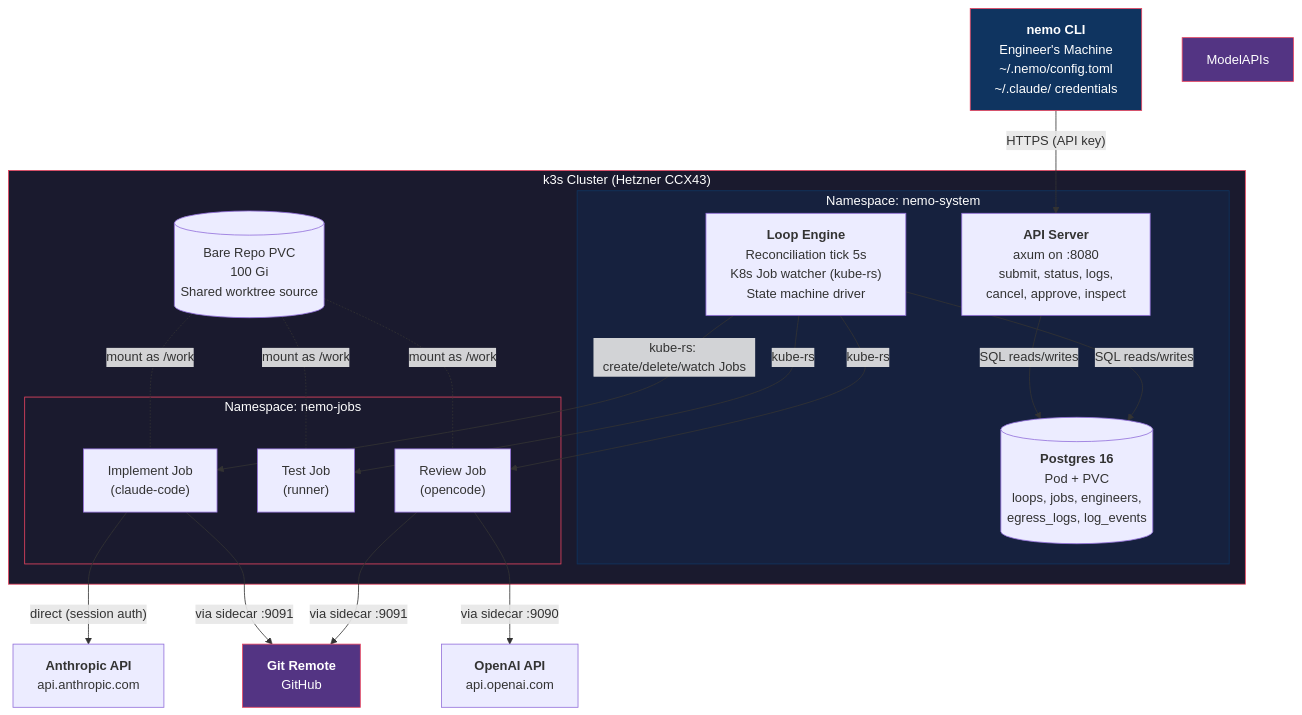
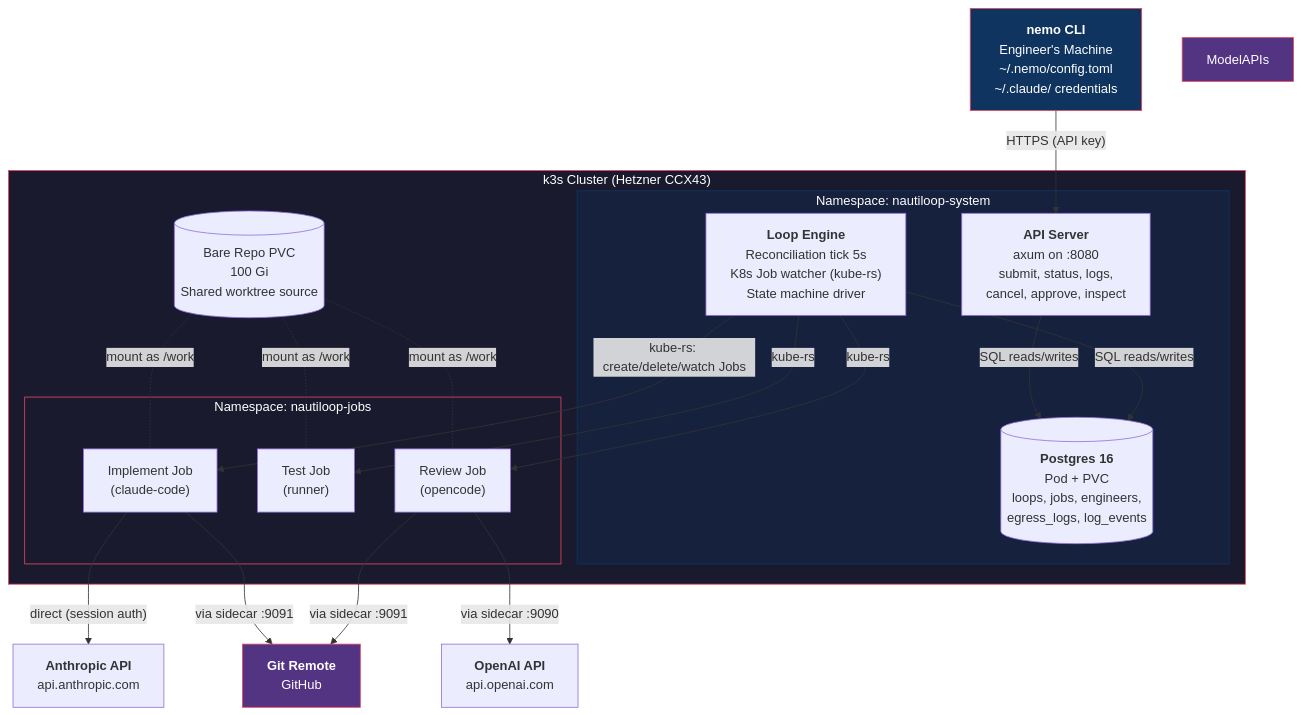
The first of 12 diagrams in docs/architecture-diagrams.md (tinkrtailor/nemo), drawn with Mermaid before and after one commit. The commit also changed other lines of this file and 57 other files, not shown here.

First line of the commit message:
refactor: rebrand nemo → nautiloop (#30)

````diff
--- a/docs/architecture-diagrams.md
+++ b/docs/architecture-diagrams.md
@@ -11,44 +11,44 @@
 ```mermaid
 graph TD
     CLI["<b>nemo CLI</b><br/>Engineer's Machine<br/>~/.nemo/config.toml<br/>~/.claude/ credentials"]
 
     CLI -->|"HTTPS (API key)"| API
 
     subgraph k3s["k3s Cluster (Hetzner CCX43)"]
 
-        subgraph nemo-system["Namespace: nemo-system"]
+        subgraph nautiloop-system["Namespace: nautiloop-system"]
             API["<b>API Server</b><br/>axum on :8080<br/>submit, status, logs,<br/>cancel, approve, inspect"]
             PG[("<b>Postgres 16</b><br/>Pod + PVC<br/>loops, jobs, engineers,<br/>egress_logs, log_events")]
             LE["<b>Loop Engine</b><br/>Reconciliation tick 5s<br/>K8s Job watcher (kube-rs)<br/>State machine driver"]
         end
 
-        subgraph nemo-jobs["Namespace: nemo-jobs"]
+        subgraph nautiloop-jobs["Namespace: nautiloop-jobs"]
             J1["Implement Job<br/>(claude-code)"]
             J2["Test Job<br/>(runner)"]
             J3["Review Job<br/>(opencode)"]
         end
 
         BareRepo[("Bare Repo PVC<br/>100 Gi<br/>Shared worktree source")]
     end
 
     API -->|"SQL reads/writes"| PG
     LE -->|"SQL reads/writes"| PG
     LE -->|"kube-rs: create/delete/watch Jobs"| J1
     LE -->|"kube-rs"| J2
     LE -->|"kube-rs"| J3
     BareRepo -.-|"mount as /work"| J1
     BareRepo -.-|"mount as /work"| J2
     BareRepo -.-|"mount as /work"| J3
 
     J1 -->|"direct (session auth)"| Anthropic3["<b>Anthropic API</b><br/>api.anthropic.com"]
     J3 -->|"via sidecar :9090"| OpenAIAPI["<b>OpenAI API</b><br/>api.openai.com"]
     J1 -->|"via sidecar :9091"| Git["<b>Git Remote</b><br/>GitHub"]
     J3 -->|"via sidecar :9091"| Git
 
     style k3s fill:#1a1a2e,stroke:#e94560,color:#fff
-    style nemo-system fill:#16213e,stroke:#0f3460,color:#fff
-    style nemo-jobs fill:#1a1a2e,stroke:#e94560,color:#fff
+    style nautiloop-system fill:#16213e,stroke:#0f3460,color:#fff
+    style nautiloop-jobs fill:#1a1a2e,stroke:#e94560,color:#fff
     style CLI fill:#0f3460,stroke:#e94560,color:#fff
     style ModelAPIs fill:#533483,stroke:#e94560,color:#fff
     style Git fill:#533483,stroke:#e94560,color:#fff
 ```
````
